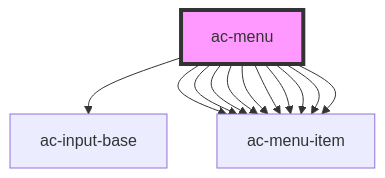
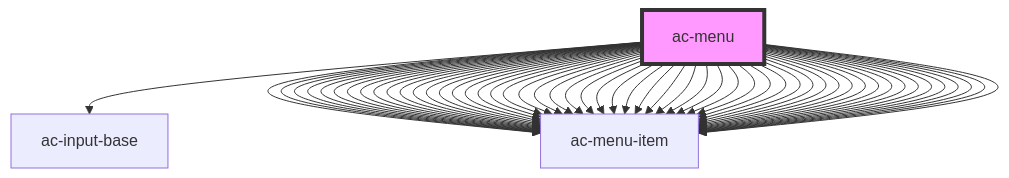
The diagram in src/components/molecules/ac-menu/readme.md (accera-tech/solar-components), drawn with Mermaid before and after one commit. The commit also changed other lines of this file and 8 other files, not shown here.

````diff
--- a/src/components/molecules/ac-menu/readme.md
+++ b/src/components/molecules/ac-menu/readme.md
@@ -43,15 +85,57 @@
 ```mermaid
 graph TD;
   ac-menu --> ac-input-base
   ac-menu --> ac-menu-item
   ac-menu --> ac-menu-item
   ac-menu --> ac-menu-item
   ac-menu --> ac-menu-item
   ac-menu --> ac-menu-item
   ac-menu --> ac-menu-item
   ac-menu --> ac-menu-item
   ac-menu --> ac-menu-item
   ac-menu --> ac-menu-item
   ac-menu --> ac-menu-item
+  ac-menu --> ac-menu-item
+  ac-menu --> ac-menu-item
+  ac-menu --> ac-menu-item
+  ac-menu --> ac-menu-item
+  ac-menu --> ac-menu-item
+  ac-menu --> ac-menu-item
+  ac-menu --> ac-menu-item
+  ac-menu --> ac-menu-item
+  ac-menu --> ac-menu-item
+  ac-menu --> ac-menu-item
+  ac-menu --> ac-menu-item
+  ac-menu --> ac-menu-item
+  ac-menu --> ac-menu-item
+  ac-menu --> ac-menu-item
+  ac-menu --> ac-menu-item
+  ac-menu --> ac-menu-item
+  ac-menu --> ac-menu-item
+  ac-menu --> ac-menu-item
+  ac-menu --> ac-menu-item
+  ac-menu --> ac-menu-item
+  ac-menu --> ac-menu-item
+  ac-menu --> ac-menu-item
+  ac-menu --> ac-menu-item
+  ac-menu --> ac-menu-item
+  ac-menu --> ac-menu-item
+  ac-menu --> ac-menu-item
+  ac-menu --> ac-menu-item
+  ac-menu --> ac-menu-item
+  ac-menu --> ac-menu-item
+  ac-menu --> ac-menu-item
+  ac-menu --> ac-menu-item
+  ac-menu --> ac-menu-item
+  ac-menu --> ac-menu-item
+  ac-menu --> ac-menu-item
+  ac-menu --> ac-menu-item
+  ac-menu --> ac-menu-item
+  ac-menu --> ac-menu-item
+  ac-menu --> ac-menu-item
+  ac-menu --> ac-menu-item
+  ac-menu --> ac-menu-item
+  ac-menu --> ac-menu-item
+  ac-menu --> ac-menu-item
   style ac-menu fill:#f9f,stroke:#333,stroke-width:4px
 ```
````
